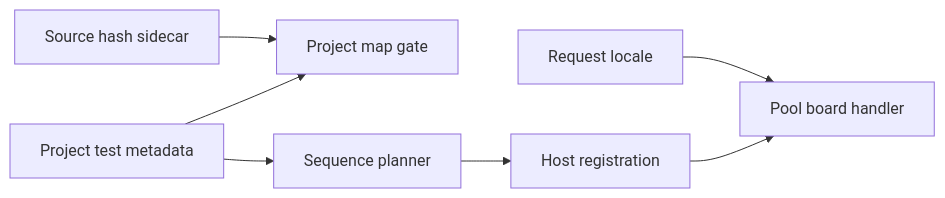
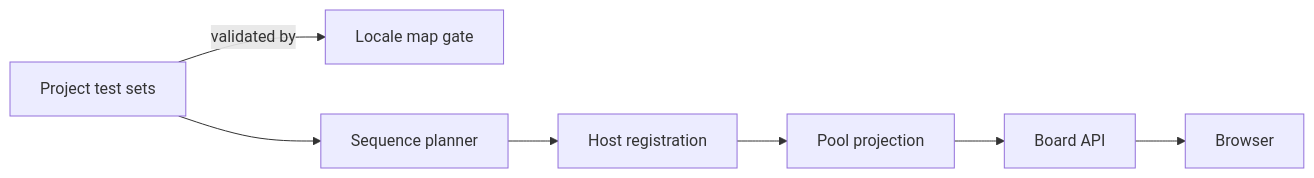
Before and after one commit to alissonsol/yuruna: the fourth of 4 diagrams in docs/design/07-globalization.md, drawn with Mermaid. The commit also changed other lines of this file and 901 other files, not shown here.

````diff
--- a/docs/design/07-globalization.md
+++ b/docs/design/07-globalization.md
@@ -521,17 +118,9 @@
 ```mermaid
 flowchart LR
-  project-runner["Project test metadata"]
-  project-source-hashes["Source hash sidecar"]
-  invoke-project-locale-map["Project map gate"]
-  sequence-planner["Sequence planner"]
-  host-registration["Host registration"]
-  pool-board["Pool board handler"]
-  locale-context["Request locale"]
-
-  project-runner --> invoke-project-locale-map
-  project-source-hashes --> invoke-project-locale-map
-  project-runner --> sequence-planner
-  sequence-planner --> host-registration
-  host-registration --> pool-board
-  locale-context --> pool-board
+    test-runner-yml["Project test sets"] -->|validated by| project-locale-map["Locale map gate"]
+    test-runner-yml --> sequence-planner["Sequence planner"]
+    sequence-planner --> host-registration["Host registration"]
+    host-registration --> pool-board["Pool projection"]
+    pool-board --> board-api["Board API"]
+    board-api --> browser["Browser"]
 ```
````
